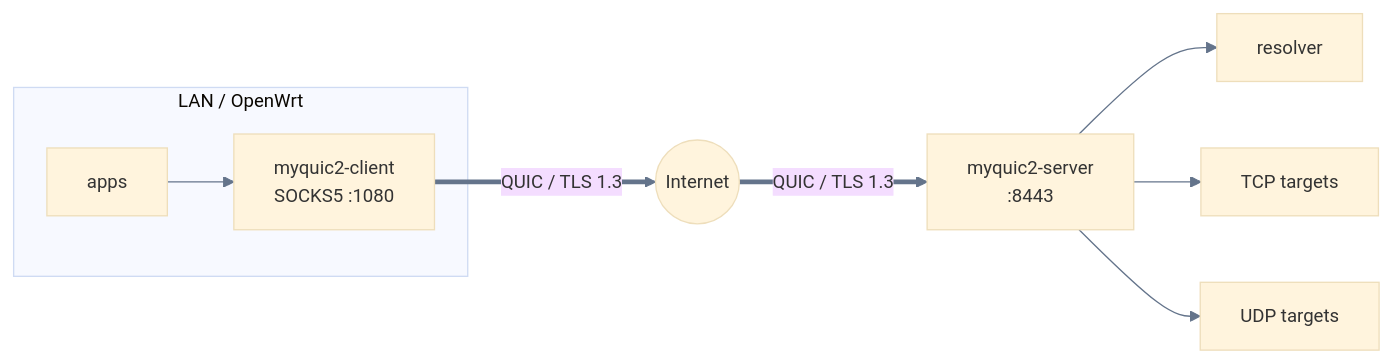
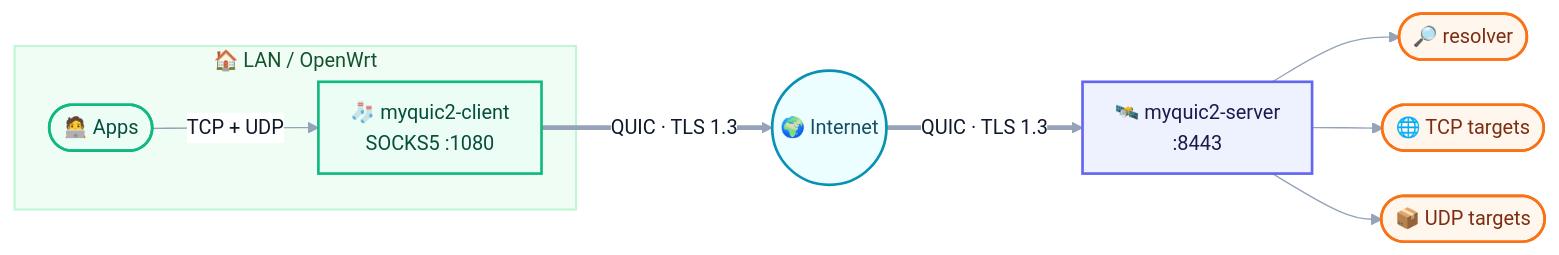
Before and after one commit to Terutoki/MyQUIC2: the fourth of 25 diagrams in README.md, drawn with Mermaid. The commit also changed other lines of this file, not shown here.

First line of the commit message:
docs(readme): redraw the Mermaid atlas with a polished visual system

````diff
--- a/README.md
+++ b/README.md
@@ -359,12 +359,28 @@
 ```mermaid
-%%{init: {"theme":"base","themeVariables":{"fontSize":"14px","lineColor":"#64748b"}}}%%
+%%{init: {"theme":"base","themeVariables":{"fontSize":"15px","primaryColor":"#eef2ff","primaryTextColor":"#0f172a","primaryBorderColor":"#6366f1","lineColor":"#94a3b8","secondaryColor":"#ecfeff","tertiaryColor":"#fff7ed","edgeLabelBackground":"#ffffff","clusterBkg":"#f8fafc","clusterBorder":"#e2e8f0","mainBkg":"#ffffff","noteBkgColor":"#eff6ff","noteBorderColor":"#93c5fd","noteTextColor":"#1e3a8a"},"flowchart":{"curve":"basis","nodeSpacing":34,"rankSpacing":52,"padding":12,"htmlLabels":true}} }%%
 flowchart LR
-subgraph LAN["LAN / OpenWrt"]
-        APPS["apps"] --> CLIENT["myquic2-client<br/>SOCKS5 :1080"]
+subgraph LAN["🏠 LAN / OpenWrt"]
+        APPS(["🧑‍💻 Apps"])
+        CLIENT["🧦 myquic2-client<br/>SOCKS5 :1080"]
+        APPS -->|"TCP + UDP"| CLIENT
     end
-    CLIENT ==>|"QUIC / TLS 1.3"| NET(("Internet"))
-    NET ==>|"QUIC / TLS 1.3"| SRV["myquic2-server<br/>:8443"]
-    SRV --> DNS["resolver"]
-    SRV --> TCP["TCP targets"]
-    SRV --> UDP["UDP targets"]
+    CLIENT ==>|"QUIC · TLS 1.3"| NET(("🌍 Internet"))
+    NET ==>|"QUIC · TLS 1.3"| SRV["🛰️ myquic2-server<br/>:8443"]
+    SRV --> RES(["🔎 resolver"])
+    SRV --> TCP(["🌐 TCP targets"])
+    SRV --> UDP(["📦 UDP targets"])
+    class APPS,CLIENT clientC
+    class NET wireC
+    class SRV coreC
+    class RES,TCP,UDP warmC
+    style LAN fill:#f0fdf4,stroke:#bbf7d0,stroke-width:1.5px,color:#14532d
+
+    classDef clientC fill:#ecfdf5,stroke:#10b981,stroke-width:2px,color:#064e3b
+    classDef coreC fill:#eef2ff,stroke:#6366f1,stroke-width:2px,color:#1e1b4b
+    classDef wireC fill:#ecfeff,stroke:#0891b2,stroke-width:2px,color:#164e63
+    classDef warmC fill:#fff7ed,stroke:#f97316,stroke-width:2px,color:#7c2d12
+    classDef dangerC fill:#fff1f2,stroke:#e11d48,stroke-width:2px,color:#881337
+    classDef muteC fill:#f8fafc,stroke:#cbd5e1,color:#475569
+    classDef noteC fill:#f5f3ff,stroke:#8b5cf6,stroke-width:1.5px,color:#4c1d95
+    classDef decisionC fill:#fef3c7,stroke:#d97706,stroke-width:2px,color:#78350f
 ```
````
